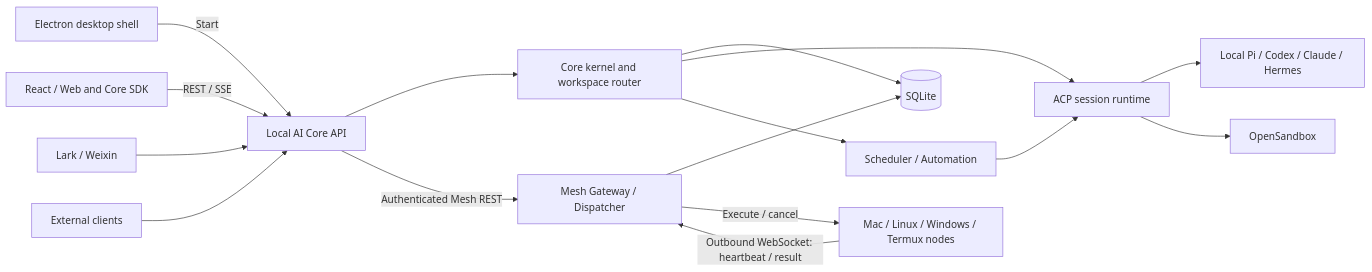
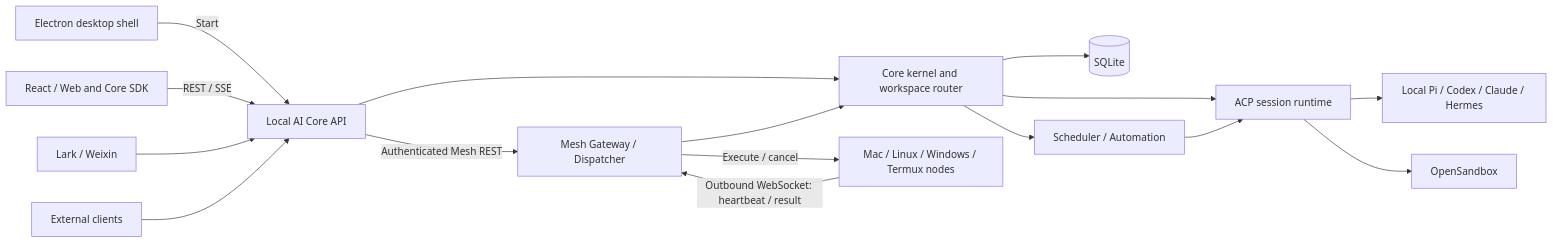
One commit to helloimcx/agentdock changed the diagram in docs/architecture/system-architecture.mmd. Above: the diagram before and after it, drawn with Mermaid. The commit also changed 10 other files, not shown here.

Commit message:
Fix mesh WebSocket upgrade routing and validate Archify diagram

```diff
--- a/docs/architecture/system-architecture.mmd
+++ b/docs/architecture/system-architecture.mmd
@@ -1,16 +1,16 @@
 flowchart LR
   electron[Electron desktop shell] -->|Start| api[Local AI Core API]
   renderer[React / Web and Core SDK] -->|REST / SSE| api
   channels[Lark / Weixin] --> api
   external[External clients] --> api
   api --> kernel[Core kernel and workspace router]
   kernel --> sqlite[(SQLite)]
   kernel --> acp[ACP session runtime]
   kernel --> scheduler[Scheduler / Automation]
   scheduler --> acp
   acp --> agents[Local Pi / Codex / Claude / Hermes]
   acp --> sandbox[OpenSandbox]
   api -->|Authenticated Mesh REST| mesh[Mesh Gateway / Dispatcher]
-  mesh --> sqlite
+  mesh --> kernel
   nodes[Mac / Linux / Windows / Termux nodes] -->|Outbound WebSocket: heartbeat / result| mesh
   mesh -->|Execute / cancel| nodes
```
